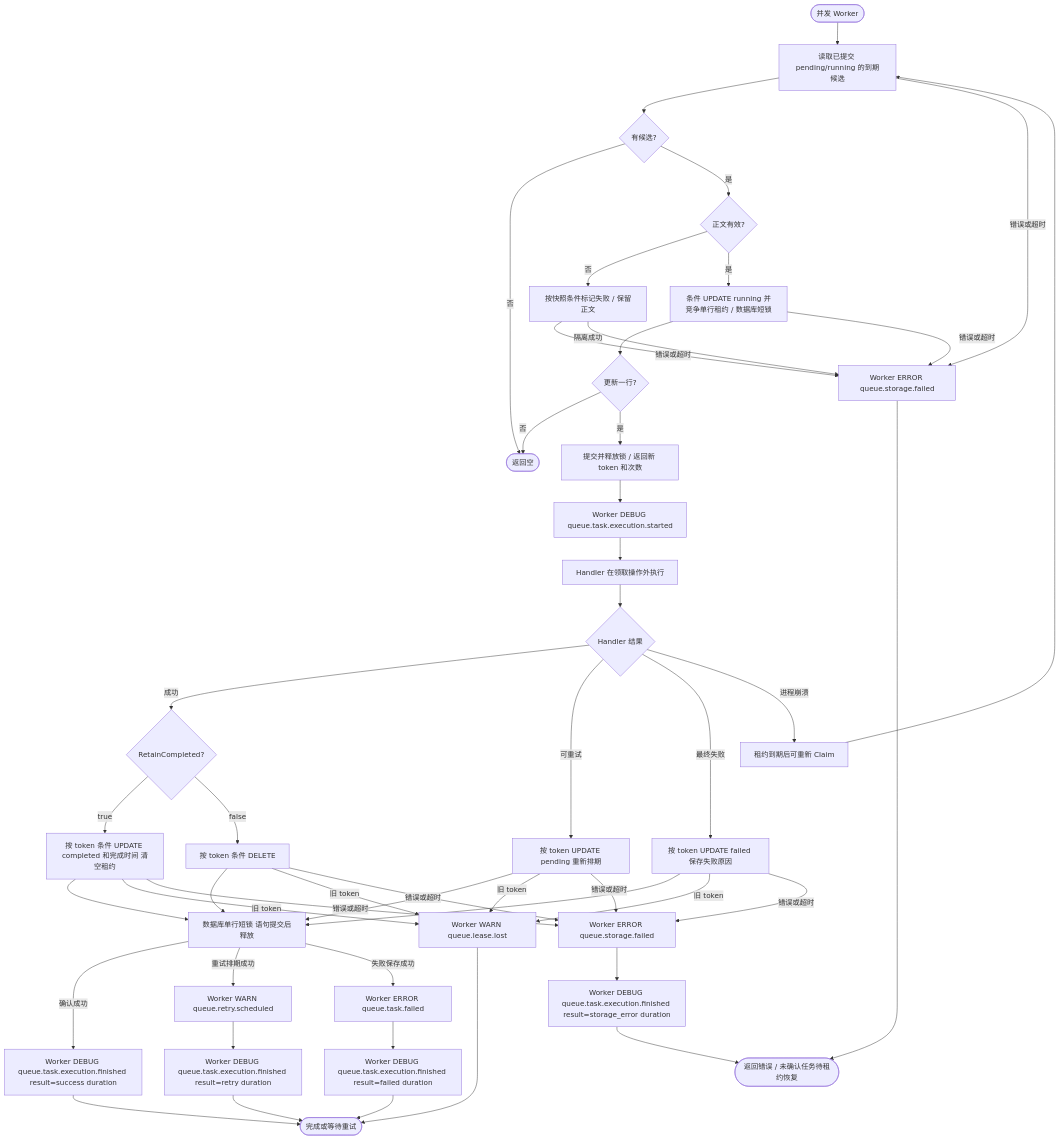
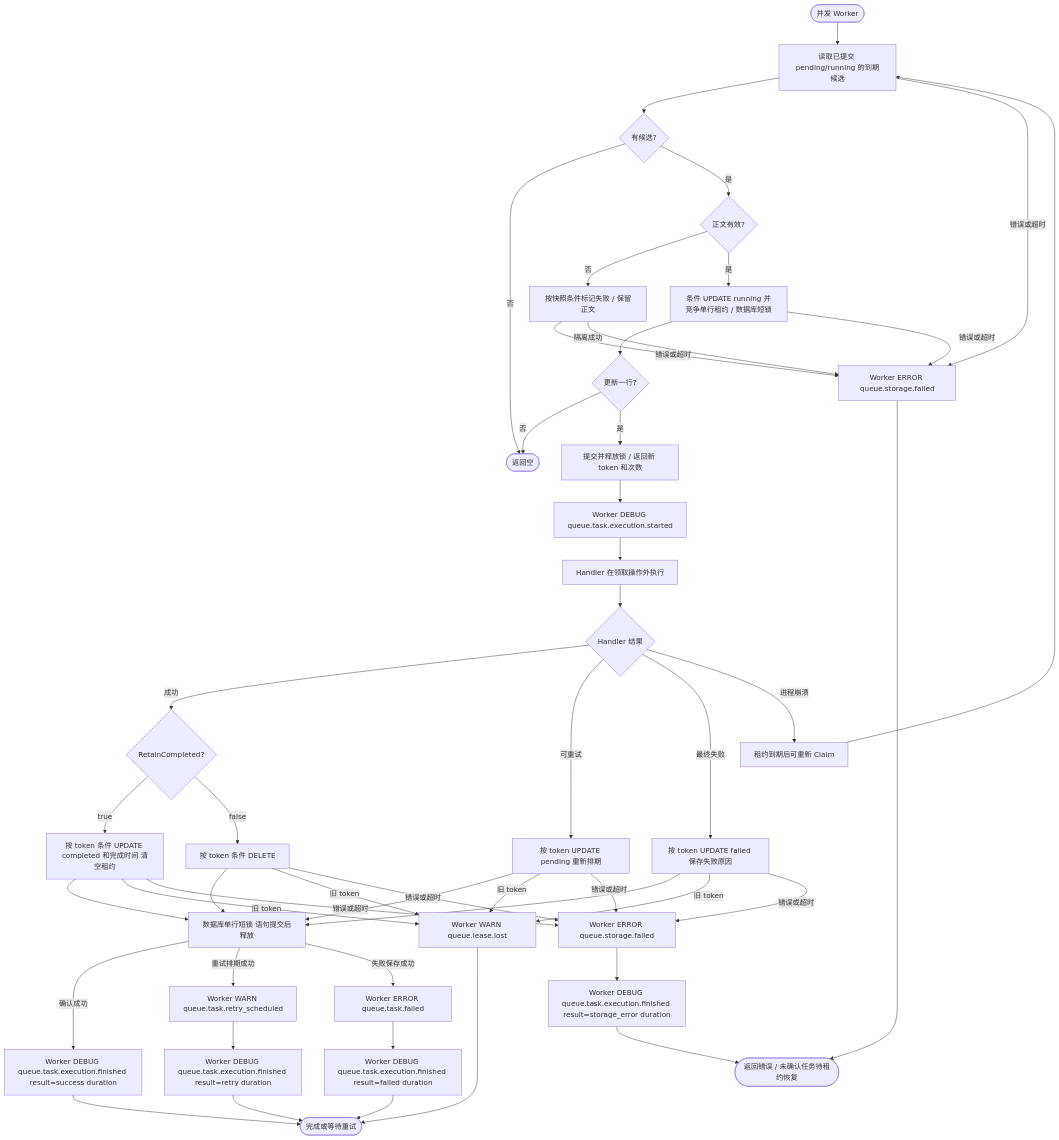
One commit to jaggerzhuang1994/kratos-foundation changed the fourth of 4 diagrams in contrib/queue/database/gorm/README.md. Above: the diagram before and after it, drawn with Mermaid. The commit also changed 56 other files, not shown here.

````diff
--- a/contrib/queue/database/gorm/README.md
+++ b/contrib/queue/database/gorm/README.md
@@ -137,37 +137,37 @@
 ```mermaid
 flowchart TD
     A([并发 Worker]) --> B[读取已提交 pending/running 的到期候选]
     B --> C{有候选?}
     C -- 否 --> E([返回空])
     C -- 是 --> D{正文有效?}
     D -- 否 --> F[按快照条件标记失败 / 保留正文]
     D -- 是 --> G[条件 UPDATE running 并竞争单行租约 / 数据库短锁]
     G --> H{更新一行?}
     H -- 否 --> E
     H -- 是 --> I[提交并释放锁 / 返回新 token 和次数]
     I --> IS[Worker DEBUG queue.task.execution.started]
     IS --> J[Handler 在领取操作外执行]
     J --> K{Handler 结果}
     K -- 成功 --> KA{RetainCompleted?}
     KA -- true --> KB[按 token 条件 UPDATE completed 和完成时间 清空租约]
     KA -- false --> KC[按 token 条件 DELETE]
     K -- 可重试 --> KD[按 token UPDATE pending 重新排期]
     K -- 最终失败 --> KE[按 token UPDATE failed 保存失败原因]
     K -- 进程崩溃 --> KR[租约到期后可重新 Claim]
     KR --> B
     KB & KC & KD & KE --> KU[数据库单行短锁 语句提交后释放]
     KU -- 确认成功 --> KL[Worker DEBUG queue.task.execution.finished result=success duration]
-    KU -- 重试排期成功 --> KM[Worker WARN queue.retry.scheduled]
+    KU -- 重试排期成功 --> KM[Worker WARN queue.task.retry_scheduled]
     KU -- 失败保存成功 --> KN[Worker ERROR queue.task.failed]
     KM --> KMF[Worker DEBUG queue.task.execution.finished result=retry duration]
     KN --> KNF[Worker DEBUG queue.task.execution.finished result=failed duration]
     KL & KMF & KNF --> L([完成或等待重试])
     KB & KC & KD & KE -- 旧 token --> M[Worker WARN queue.lease.lost]
     M --> L
     B & F & G -- 错误或超时 --> N0[Worker ERROR queue.storage.failed]
     N0 --> O
     KB & KC & KD & KE -- 错误或超时 --> N[Worker ERROR queue.storage.failed]
     N --> NF[Worker DEBUG queue.task.execution.finished result=storage_error duration]
     NF --> O([返回错误 / 未确认任务待租约恢复])
     F -- 隔离成功 --> N0
 ```
````
